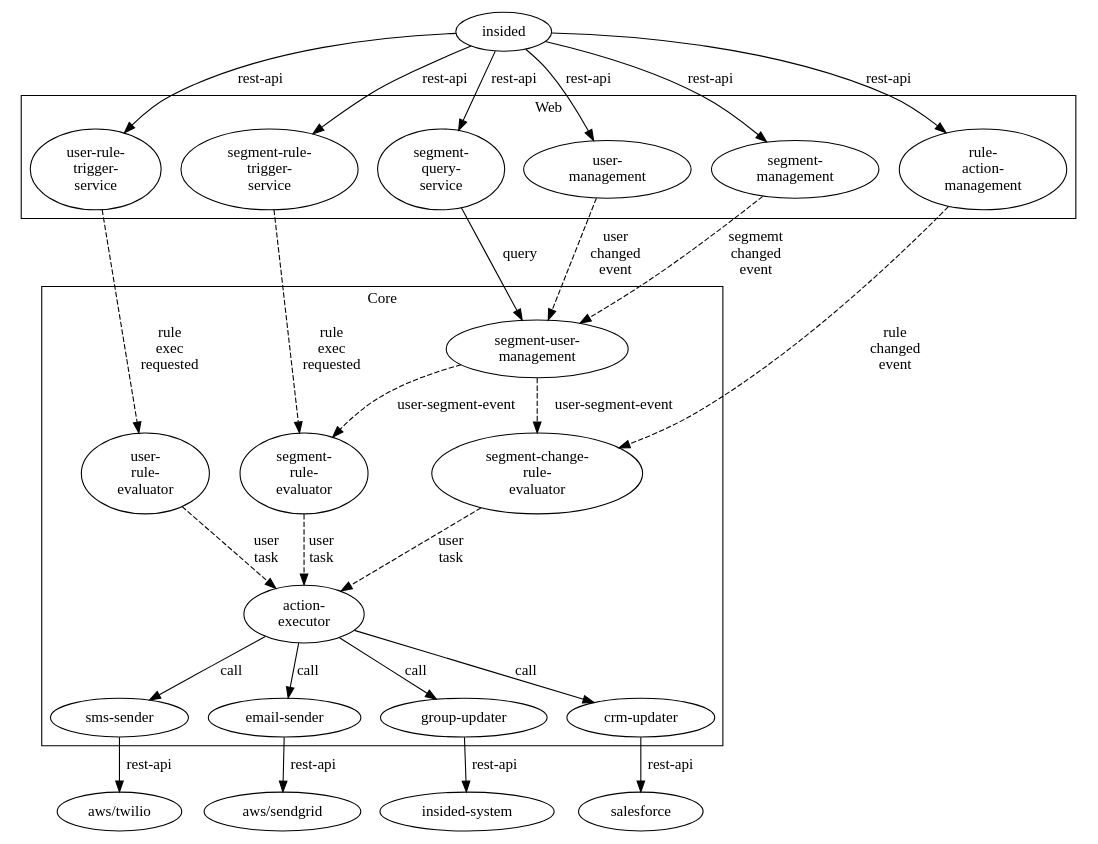
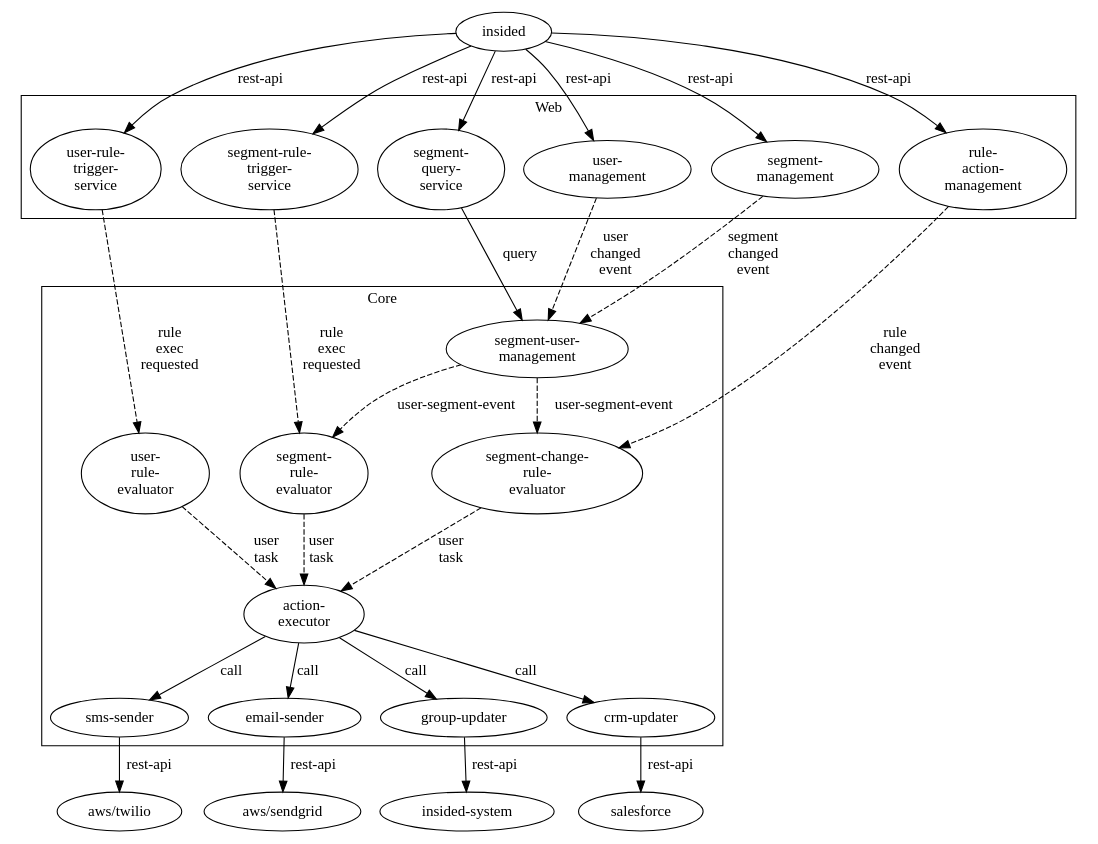
Before and after one commit to MarcGrol/userautomation: the diagram in doc/architecture.dot, drawn with Graphviz. The commit also changed 6 other files, not shown here.

```diff
--- a/doc/architecture.dot
+++ b/doc/architecture.dot
@@ -1,69 +1,69 @@
     digraph G {
 
       rankdir="TD"
 
       subgraph cluster_Web {
           label = "Web"
           "segment-rule-\ntrigger-\nservice"
           "user-rule-\ntrigger-\nservice"
           "rule-\naction-\nmanagement"
           "user-\nmanagement"
           "segment-\nmanagement"
           "segment-\nquery-\nservice"
     }
 
      subgraph cluster_Core {
           label = "Core"
          "segment-\nrule-\nevaluator"
           "user-\nrule-\nevaluator"
           "segment-user-\nmanagement"
           "segment-change-\nrule-\nevaluator"
           "action-\nexecutor"
           "sms-sender"
           "email-sender"
           "group-updater"
           "crm-updater"
       }
 
       // subgraph cluster_External {
            //label = "External systems"
             "aws/sendgrid"
             "aws/twilio"
             "insided-system"
             "salesforce"
        // }
 
       insided -> "segment-rule-\ntrigger-\nservice" [label="rest-api"]
       insided -> "user-rule-\ntrigger-\nservice" [label="rest-api"]
       insided -> "rule-\naction-\nmanagement" [label="rest-api"]
       insided -> "user-\nmanagement" [label="rest-api"]
       insided -> "segment-\nmanagement" [label="rest-api"]
       insided -> "segment-\nquery-\nservice" [label="rest-api"]
 
       "segment-rule-\ntrigger-\nservice" -> "segment-\nrule-\nevaluator" [style=dashed, label="rule\nexec\nrequested"]
       "user-rule-\ntrigger-\nservice" -> "user-\nrule-\nevaluator" [style=dashed, label="rule\nexec\nrequested"]
-      "segment-\nmanagement" -> "segment-user-\nmanagement" [style=dashed, label="segmemt\nchanged\nevent"]
+      "segment-\nmanagement" -> "segment-user-\nmanagement" [style=dashed, label="segment\nchanged\nevent"]
       "segment-\nquery-\nservice" -> "segment-user-\nmanagement" [label=query]
 
 
       "user-\nmanagement" -> "segment-user-\nmanagement" [style=dashed, label="user\nchanged\nevent"]
       "segment-user-\nmanagement" -> "segment-\nrule-\nevaluator" [style=dashed, label="user-segment-event"]
 
       "segment-user-\nmanagement" -> "segment-change-\nrule-\nevaluator"  [style=dashed, label="user-segment-event"]
       "rule-\naction-\nmanagement" -> "segment-change-\nrule-\nevaluator" [style=dashed, label="rule\nchanged\nevent"]
       "segment-change-\nrule-\nevaluator" -> "action-\nexecutor" [style=dashed, label="user\ntask"]
       "user-\nrule-\nevaluator" -> "action-\nexecutor" [style=dashed, label="user\ntask"]
 
       "segment-\nrule-\nevaluator" -> "action-\nexecutor" [style=dashed, label="user\ntask"]
 
       "action-\nexecutor" -> "sms-sender" [label=call]
       "action-\nexecutor" -> "email-sender" [label=call]
       "action-\nexecutor" -> "group-updater" [label=call]
       "action-\nexecutor" -> "crm-updater" [label=call]
 
       "email-sender" -> "aws/sendgrid" [label="rest-api"]
       "sms-sender" -> "aws/twilio" [label="rest-api"]
       "group-updater" -> "insided-system" [label="rest-api"]
       "crm-updater" -> "salesforce" [label="rest-api"]
 
     }
```
